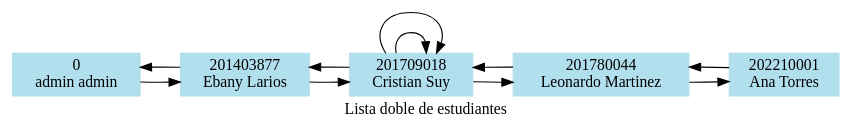
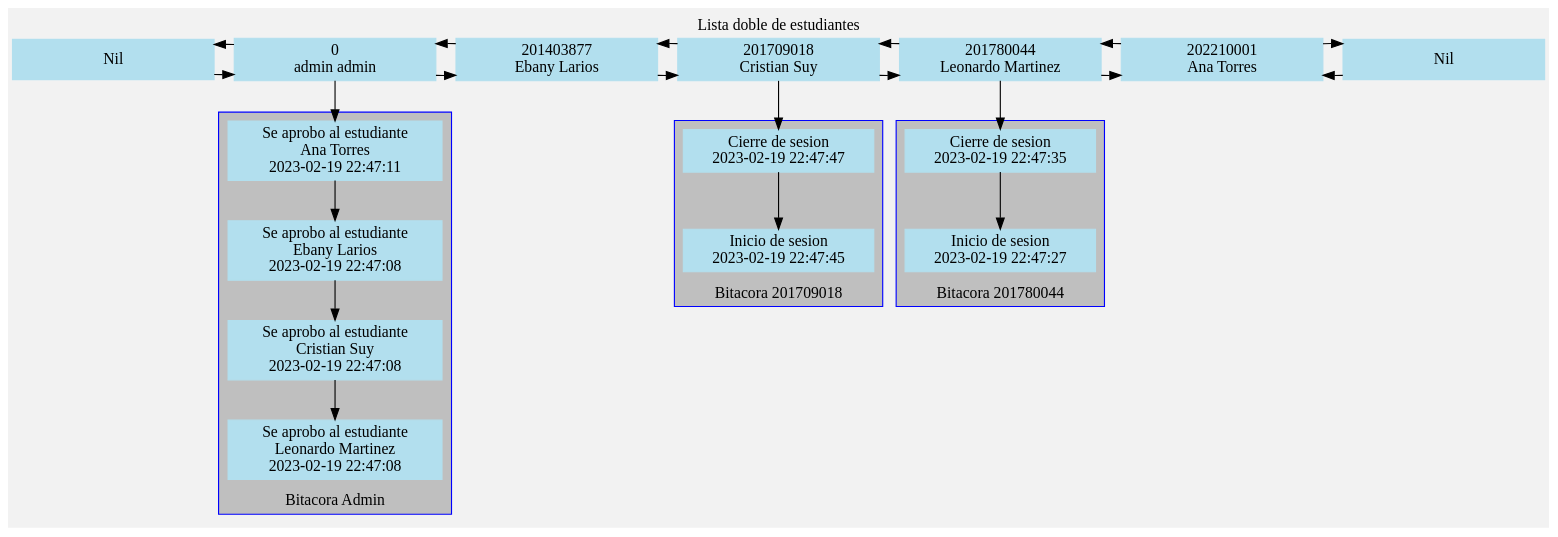
Before and after one commit to JonatanGonzalez0/EDD_1S2023_PY_201900570: the diagram in EDD_Projecto1_FASE1/Reportes/ListaDobleEstudiantes.dot, drawn with Graphviz. The commit also changed 11 other files, not shown here.

```diff
--- a/EDD_Projecto1_FASE1/Reportes/ListaDobleEstudiantes.dot
+++ b/EDD_Projecto1_FASE1/Reportes/ListaDobleEstudiantes.dot
@@ -1,23 +1,78 @@
 digraph G {
-rankdir=LR;
-node [shape=record];
-node [color=lightblue2, style=filled];
-edge [color=black];
-label = "Lista doble de estudiantes";
-0[label="0\n admin admin"];
-201403877[label="201403877\n Ebany Larios"];
-201709018[label="201709018\n Cristian Suy"];
-201709018[label="201709018\n Cristian Suy"];
-201780044[label="201780044\n Leonardo Martinez"];
-202210001[label="202210001\n Ana Torres"];
-0->201403877;
-201403877->201709018;
-201403877->0;
-201709018->201709018;
-201709018->201403877;
-201709018->201780044;
-201709018->201709018;
-201780044->202210001;
-201780044->201709018;
-202210001->201780044;
+	label = "Lista doble de estudiantes";
+	labelloc = top;
+	bgcolor=gray95;
+subgraph Lista {
+	node [shape=box,width=2.5];
+	node [color=lightblue2, style=filled];
+	edge [color=black, len = 5];
+
+//Crear Nodos 
+
+	null [label = "Nil"];
+	0 [label="0\n admin admin"];
+	201403877 [label="201403877\n Ebany Larios"];
+	201709018 [label="201709018\n Cristian Suy"];
+	201780044 [label="201780044\n Leonardo Martinez"];
+	202210001 [label="202210001\n Ana Torres"];
+	null2 [label = "Nil"];
+
+//Crear Enlaces lista enlazada 
+	null->0;
+	0->null;
+	0->201403877;
+	201403877->0;
+	201403877->201709018;
+	201709018->201403877;
+	201709018->201780044;
+	201780044->201709018;
+	201780044->202210001;
+	202210001->201780044;
+	null2->202210001;
+	202210001->null2;
+
+	{rank=same; null;0;201403877;201709018;201780044;202210001;null2}
+
 }
+//Crear Pilas bitacora
+subgraph cluster_201709018 {
+	label = "Bitacora 201709018";
+	labelloc = bottom;
+	color = blue;
+	bgcolor = gray75;
+	node [color=lightblue2, style=filled, shape=box];
+	edge [color=black];
+	pila201709018_0 [label="Cierre de sesion\n 2023-02-19 22:47:47"];
+	pila201709018_1 [label="Inicio de sesion\n 2023-02-19 22:47:45"];
+	pila201709018_0->pila201709018_1;
+}
+201709018->pila201709018_0;
+subgraph cluster_201780044 {
+	label = "Bitacora 201780044";
+	labelloc = bottom;
+	color = blue;
+	bgcolor = gray75;
+	node [color=lightblue2, style=filled, shape=box];
+	edge [color=black];
+	pila201780044_0 [label="Cierre de sesion\n 2023-02-19 22:47:35"];
+	pila201780044_1 [label="Inicio de sesion\n 2023-02-19 22:47:27"];
+	pila201780044_0->pila201780044_1;
+}
+201780044->pila201780044_0;
+subgraph cluster_0 {
+	label = "Bitacora Admin";
+	labelloc = bottom;
+	color = blue;
+	bgcolor = gray75;
+	node [color=lightblue2, style=filled, shape=box];
+	edge [color=black];
+	pila0_0 [label="Se aprobo al estudiante \n Ana Torres\n 2023-02-19 22:47:11"];
+	pila0_1 [label="Se aprobo al estudiante \n Ebany Larios\n 2023-02-19 22:47:08"];
+	pila0_2 [label="Se aprobo al estudiante \n Cristian Suy\n 2023-02-19 22:47:08"];
+	pila0_3 [label="Se aprobo al estudiante \n Leonardo Martinez\n 2023-02-19 22:47:08"];
+	pila0_0->pila0_1;
+	pila0_1->pila0_2;
+	pila0_2->pila0_3;
+0->pila0_0;
+}
+}
```
